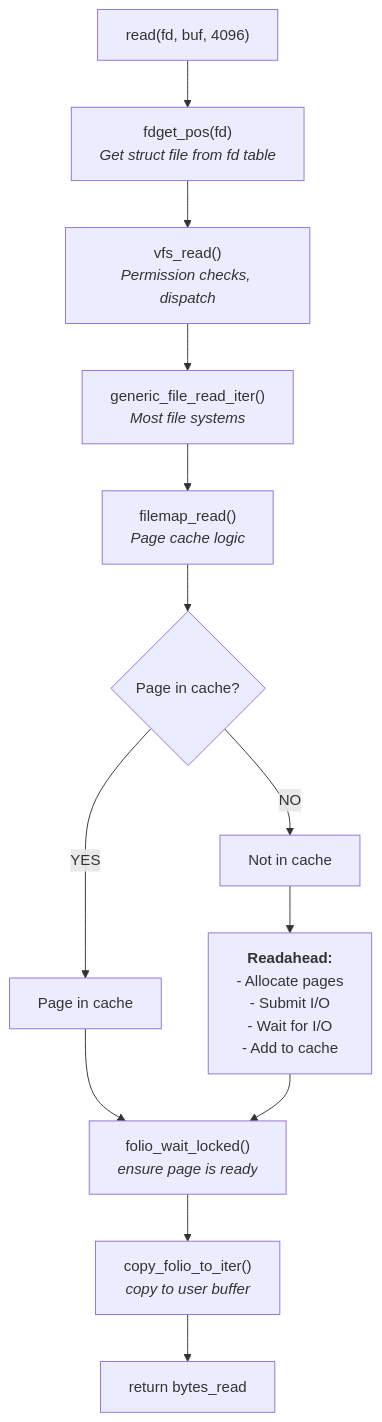
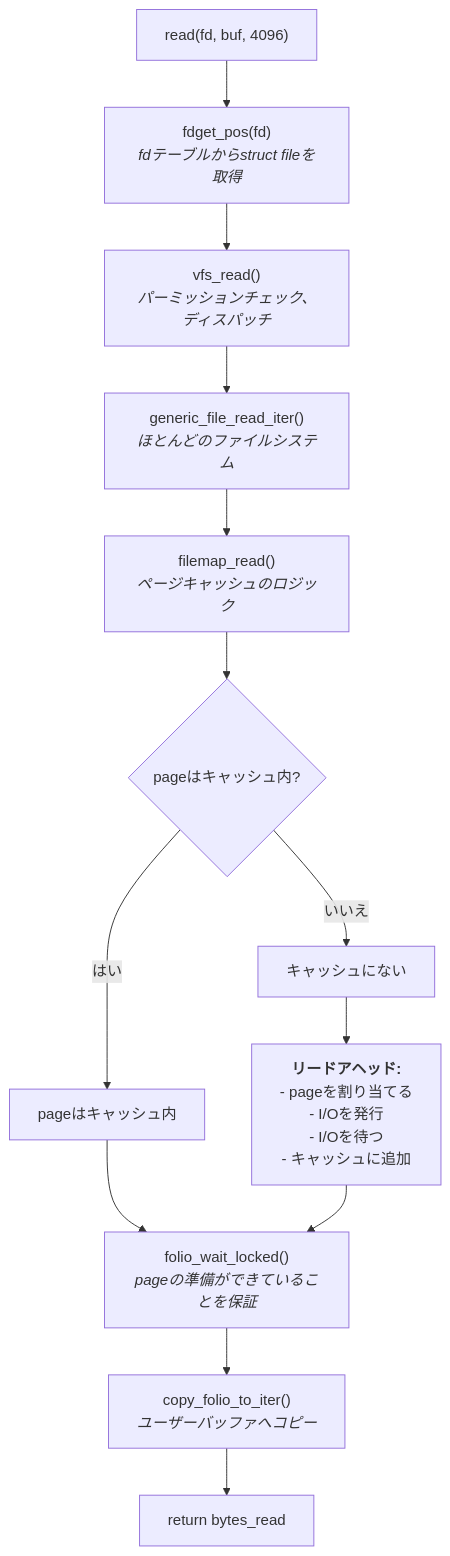
Before and after one commit to doguto/linux-kernel-internals-jp: the eighth of 8 diagrams in docs/mm/life-of-read.md, drawn with Mermaid. The commit also changed other lines of this file and 27 other files, not shown here.

````diff
--- a/docs/mm/life-of-read.md
+++ b/docs/mm/life-of-read.md
@@ -476,19 +476,19 @@
 ```mermaid
 flowchart TD
-    A["read(fd, buf, 4096)"] --> B["fdget_pos(fd)<br/><i>Get struct file from fd table</i>"]
-    B --> C["vfs_read()<br/><i>Permission checks, dispatch</i>"]
-    C --> D["generic_file_read_iter()<br/><i>Most file systems</i>"]
-    D --> E["filemap_read()<br/><i>Page cache logic</i>"]
-    E --> F{Page in cache?}
+    A["read(fd, buf, 4096)"] --> B["fdget_pos(fd)<br/><i>fdテーブルからstruct fileを取得</i>"]
+    B --> C["vfs_read()<br/><i>パーミッションチェック、ディスパッチ</i>"]
+    C --> D["generic_file_read_iter()<br/><i>ほとんどのファイルシステム</i>"]
+    D --> E["filemap_read()<br/><i>ページキャッシュのロジック</i>"]
+    E --> F{pageはキャッシュ内?}
 
-    F -->|YES| G["Page in cache"]
-    F -->|NO| H["Not in cache"]
+    F -->|はい| G["pageはキャッシュ内"]
+    F -->|いいえ| H["キャッシュにない"]
 
-    H --> I["<b>Readahead:</b><br/>- Allocate pages<br/>- Submit I/O<br/>- Wait for I/O<br/>- Add to cache"]
+    H --> I["<b>リードアヘッド:</b><br/>- pageを割り当てる<br/>- I/Oを発行<br/>- I/Oを待つ<br/>- キャッシュに追加"]
 
-    G --> J["folio_wait_locked()<br/><i>ensure page is ready</i>"]
+    G --> J["folio_wait_locked()<br/><i>pageの準備ができていることを保証</i>"]
     I --> J
 
-    J --> K["copy_folio_to_iter()<br/><i>copy to user buffer</i>"]
+    J --> K["copy_folio_to_iter()<br/><i>ユーザーバッファへコピー</i>"]
     K --> L["return bytes_read"]
 ```
````
